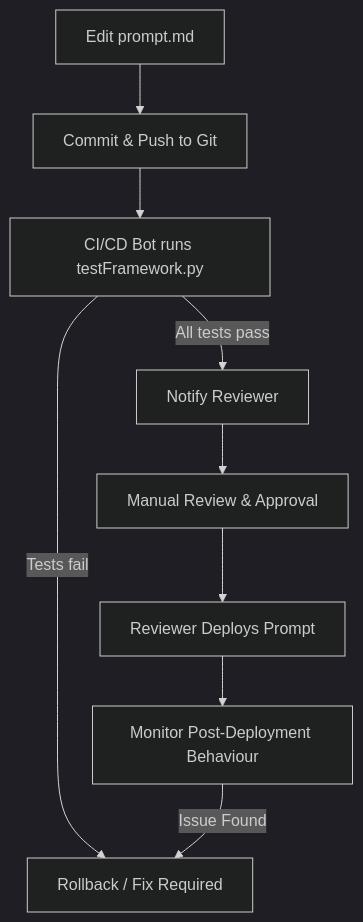
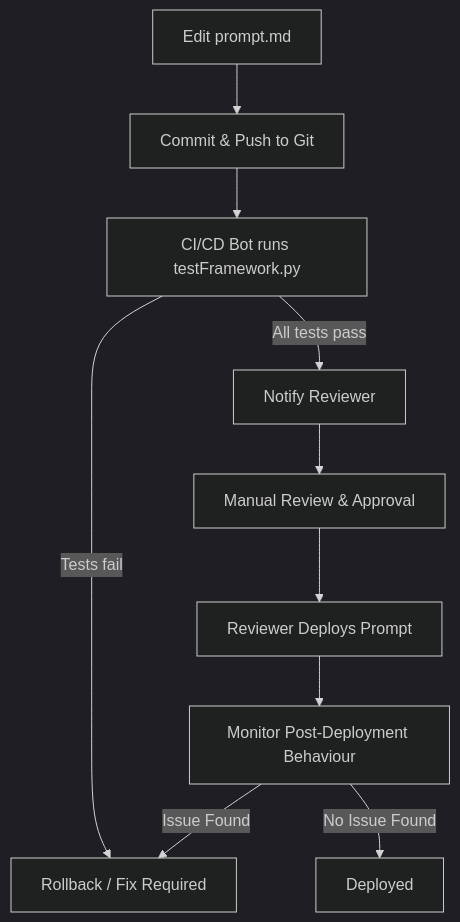
One commit to J0knee10/university-marketplace-chatbot-assessment changed the diagram in update-process.md. Above: the diagram before and after it, drawn with Mermaid (dark theme).

Commit message:
attempt to fix mermaid graph in update-process.md

````diff
--- a/update-process.md
+++ b/update-process.md
@@ -37,11 +37,12 @@
 ```mermaid
 flowchart TD
     Edit[Edit prompt.md] --> Commit[Commit & Push to Git]
     Commit --> RunTests[CI/CD Bot runs testFramework.py]
     RunTests -->|All tests pass| Notify[Notify Reviewer]
     Notify --> Review[Manual Review & Approval]
     Review --> Deploy[Reviewer Deploys Prompt]
     RunTests -->|Tests fail| Rollback[Rollback / Fix Required]
     Deploy --> Monitor[Monitor Post-Deployment Behaviour]
     Monitor -->|Issue Found| Rollback
+    Monitor -->|No Issue Found| Deployed[Deployed]
 ```
````
